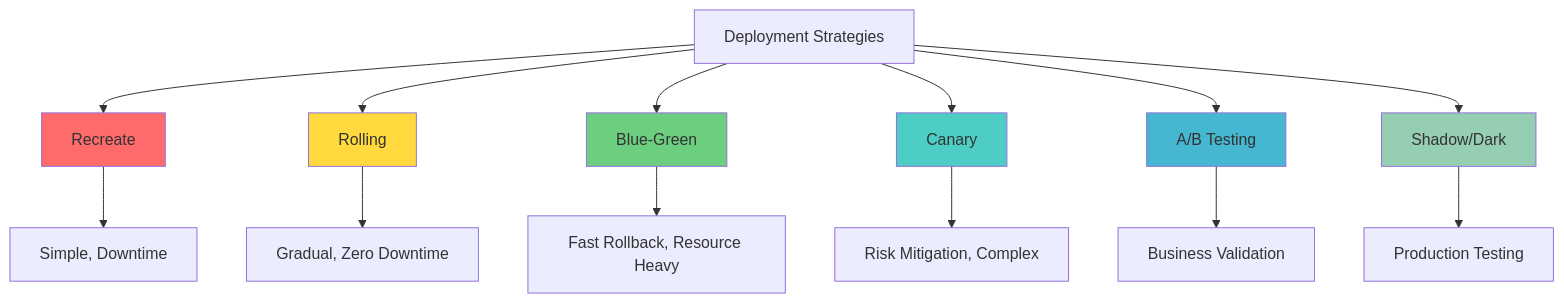
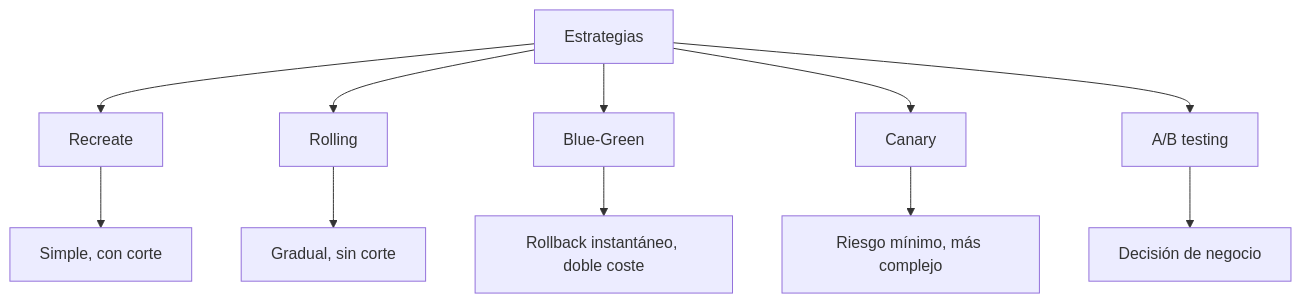
The diagram in docs/cursos/devops/304.Deployment_strategies.md (pabpereza/pabpereza), drawn with Mermaid before and after one commit. The commit also changed other lines of this file and 39 other files, not shown here.

````diff
--- a/docs/cursos/devops/304.Deployment_strategies.md
+++ b/docs/cursos/devops/304.Deployment_strategies.md
@@ -17,23 +37,14 @@
 ```mermaid
 graph TB
-    A[Deployment Strategies] --> B[Recreate]
+    A[Estrategias] --> B[Recreate]
     A --> C[Rolling]
     A --> D[Blue-Green]
     A --> E[Canary]
-    A --> F[A/B Testing]
-    A --> G[Shadow/Dark]
-    
-    B --> B1[Simple, Downtime]
-    C --> C1[Gradual, Zero Downtime]
-    D --> D1[Fast Rollback, Resource Heavy]
-    E --> E1[Risk Mitigation, Complex]
-    F --> F1[Business Validation]
-    G --> G1[Production Testing]
-    
-    style B fill:#ff6b6b
-    style C fill:#ffd93d
-    style D fill:#6bcf7f
-    style E fill:#4ecdc4
-    style F fill:#45b7d1
-    style G fill:#96ceb4
+    A --> F[A/B testing]
+
+    B --> B1[Simple, con corte]
+    C --> C1[Gradual, sin corte]
+    D --> D1[Rollback instantáneo, doble coste]
+    E --> E1[Riesgo mínimo, más complejo]
+    F --> F1[Decisión de negocio]
 ```
````
